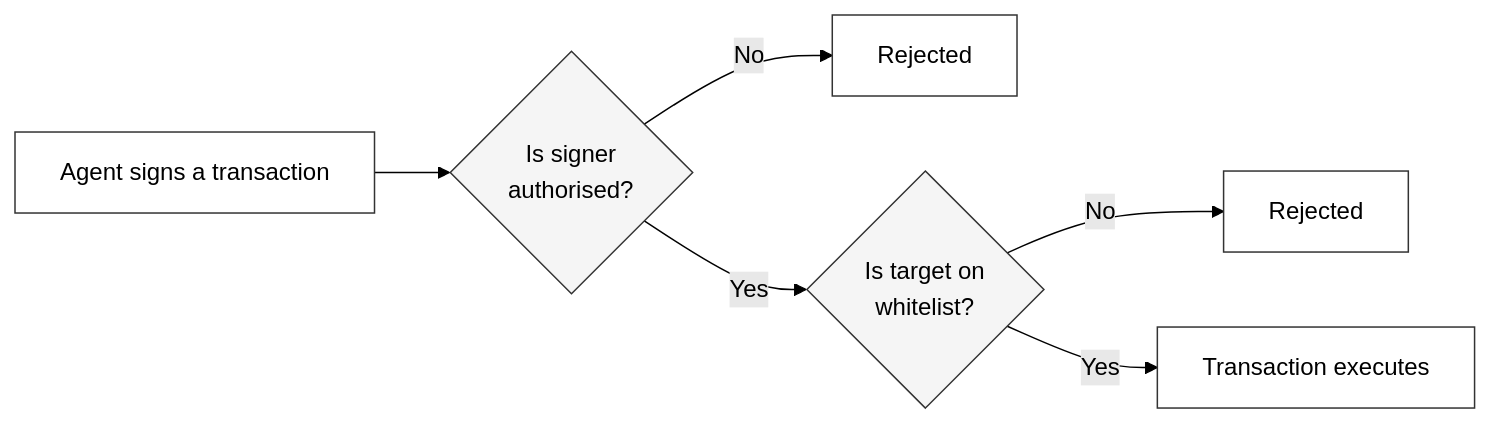
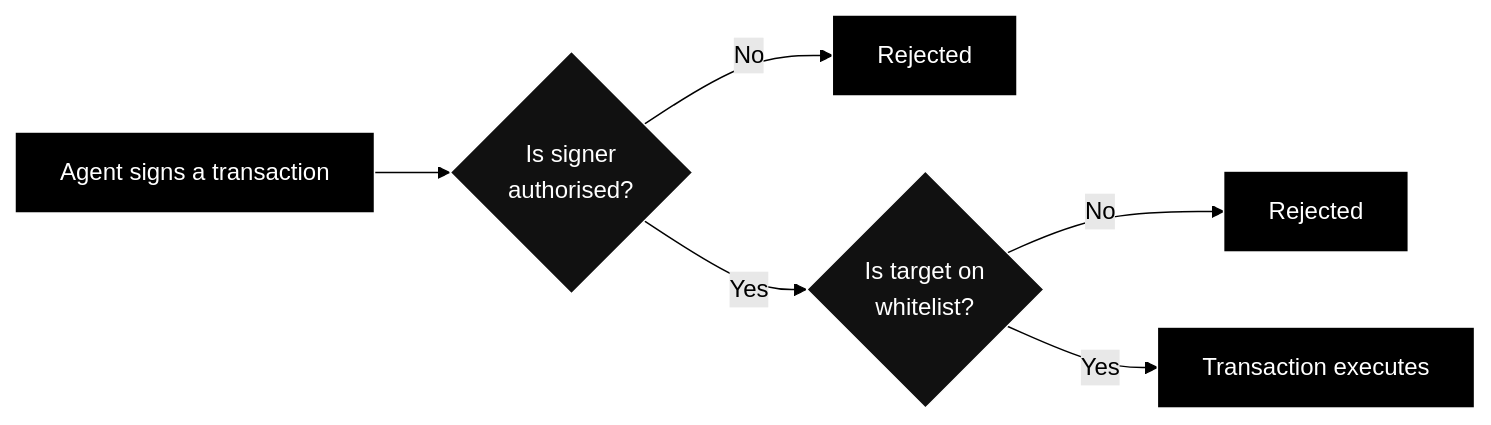
The second of 2 diagrams in borrowers/agent-architecture.mdx (TRECC-eth/docs), drawn with Mermaid (forest theme) before and after one commit. The commit also changed other lines of this file and 12 other files, not shown here.

Commit message:
changed diagram colours

````diff
--- a/borrowers/agent-architecture.mdx
+++ b/borrowers/agent-architecture.mdx
@@ -44,15 +44,15 @@
 ```mermaid
 flowchart LR
     TX[Agent signs a transaction] --> CHECK1{Is signer<br/>authorised?}
     CHECK1 -->|No| BLOCK1[Rejected]
     CHECK1 -->|Yes| CHECK2{Is target on<br/>whitelist?}
     CHECK2 -->|No| BLOCK2[Rejected]
     CHECK2 -->|Yes| EXEC[Transaction executes]
 
-    style TX fill:#ffffff,stroke:#333333
-    style CHECK1 fill:#f5f5f5,stroke:#333333
-    style CHECK2 fill:#f5f5f5,stroke:#333333
-    style BLOCK1 fill:#ffffff,stroke:#333333
-    style BLOCK2 fill:#ffffff,stroke:#333333
-    style EXEC fill:#ffffff,stroke:#333333
+    style TX fill:#000000,stroke:#ffffff,color:#ffffff
+    style CHECK1 fill:#111111,stroke:#ffffff,color:#ffffff
+    style CHECK2 fill:#111111,stroke:#ffffff,color:#ffffff
+    style BLOCK1 fill:#000000,stroke:#ffffff,color:#ffffff
+    style BLOCK2 fill:#000000,stroke:#ffffff,color:#ffffff
+    style EXEC fill:#000000,stroke:#ffffff,color:#ffffff
 ```
````
